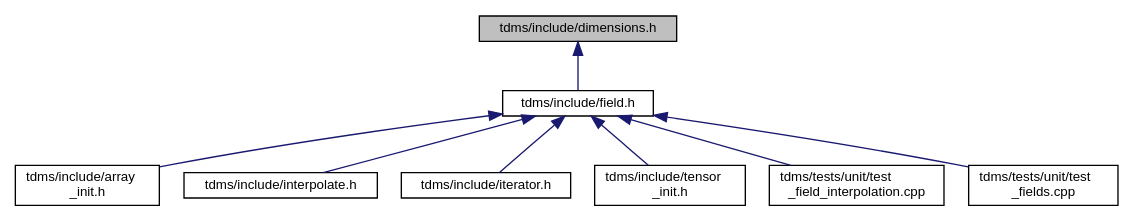
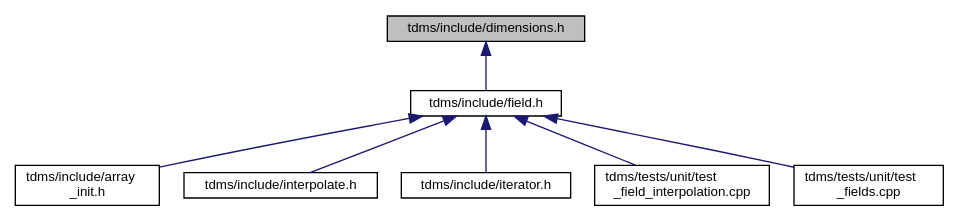
The diagram in dimensions_8h__dep__incl.dot (UCL/TDMS), drawn with Graphviz before and after one commit. The commit also changed 74 other files, not shown here.

```diff
--- a/dimensions_8h__dep__incl.dot
+++ b/dimensions_8h__dep__incl.dot
@@ -1,21 +1,19 @@
 digraph "tdms/include/dimensions.h"
 {
  // LATEX_PDF_SIZE
   edge [fontname="Helvetica",fontsize="10",labelfontname="Helvetica",labelfontsize="10"];
   node [fontname="Helvetica",fontsize="10",shape=record];
   Node1 [label="tdms/include/dimensions.h",height=0.2,width=0.4,color="black", fillcolor="grey75", style="filled", fontcolor="black",tooltip=" "];
   Node1 -> Node2 [dir="back",color="midnightblue",fontsize="10",style="solid",fontname="Helvetica"];
   Node2 [label="tdms/include/field.h",height=0.2,width=0.4,color="black", fillcolor="white", style="filled",URL="$field_8h.html",tooltip="Classes for the electric and magnetic (split) fields on a grid."];
   Node2 -> Node3 [dir="back",color="midnightblue",fontsize="10",style="solid",fontname="Helvetica"];
   Node3 [label="tdms/include/array\l_init.h",height=0.2,width=0.4,color="black", fillcolor="white", style="filled",URL="$array__init_8h.html",tooltip="A collection of functions for array initialisation given MATLAB pointers."];
   Node2 -> Node4 [dir="back",color="midnightblue",fontsize="10",style="solid",fontname="Helvetica"];
   Node4 [label="tdms/include/interpolate.h",height=0.2,width=0.4,color="black", fillcolor="white", style="filled",URL="$interpolate_8h.html",tooltip="Interpolation of field values within FDTD grid."];
   Node2 -> Node5 [dir="back",color="midnightblue",fontsize="10",style="solid",fontname="Helvetica"];
   Node5 [label="tdms/include/iterator.h",height=0.2,width=0.4,color="black", fillcolor="white", style="filled",URL="$iterator_8h.html",tooltip="The main time propogation algorithm."];
   Node2 -> Node6 [dir="back",color="midnightblue",fontsize="10",style="solid",fontname="Helvetica"];
-  Node6 [label="tdms/include/tensor\l_init.h",height=0.2,width=0.4,color="black", fillcolor="white", style="filled",URL="$tensor__init_8h_source.html",tooltip=" "];
+  Node6 [label="tdms/tests/unit/test\l_field_interpolation.cpp",height=0.2,width=0.4,color="black", fillcolor="white", style="filled",URL="$test__field__interpolation_8cpp.html",tooltip="Tests interpolation of E- and H-fields and compares the errors against MATLAB benchmarks."];
   Node2 -> Node7 [dir="back",color="midnightblue",fontsize="10",style="solid",fontname="Helvetica"];
-  Node7 [label="tdms/tests/unit/test\l_field_interpolation.cpp",height=0.2,width=0.4,color="black", fillcolor="white", style="filled",URL="$test__field__interpolation_8cpp.html",tooltip="Tests interpolation of E- and H-fields and compares the errors against MATLAB benchmarks."];
-  Node2 -> Node8 [dir="back",color="midnightblue",fontsize="10",style="solid",fontname="Helvetica"];
-  Node8 [label="tdms/tests/unit/test\l_fields.cpp",height=0.2,width=0.4,color="black", fillcolor="white", style="filled",URL="$test__fields_8cpp.html",tooltip="Test of the Field class and subclasses."];
+  Node7 [label="tdms/tests/unit/test\l_fields.cpp",height=0.2,width=0.4,color="black", fillcolor="white", style="filled",URL="$test__fields_8cpp.html",tooltip="Test of the Field class and subclasses."];
 }
```
